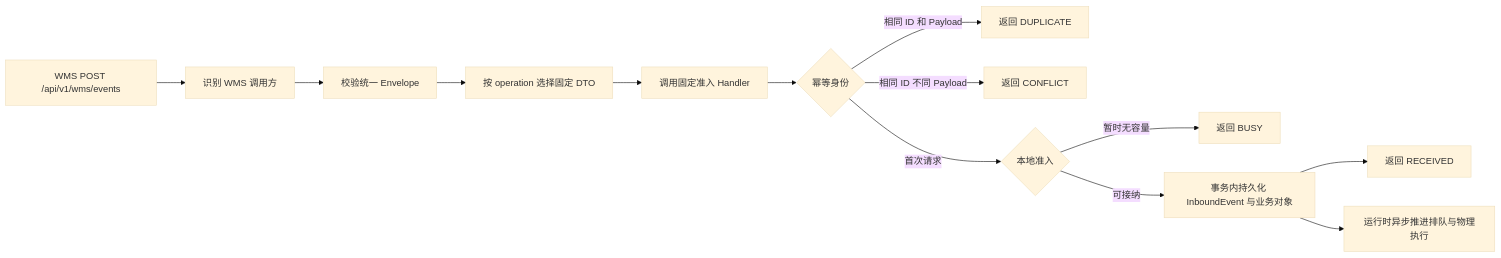
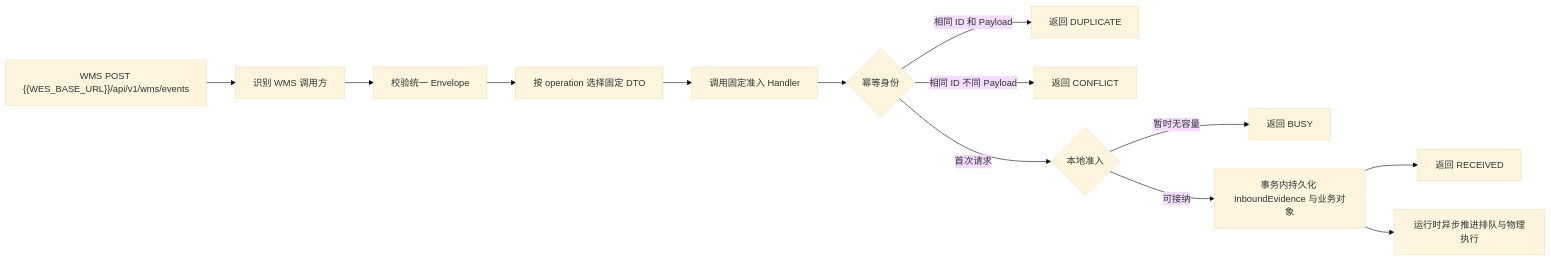
One commit to kaizhoumasha/wes_backend changed the first of 4 diagrams in docs/contracts/wms-outbound-picking-task-integration-requirements.md. Above: the diagram before and after it, drawn with Mermaid (base theme). The commit also changed other lines of this file and 23 other files, not shown here.

````diff
--- a/docs/contracts/wms-outbound-picking-task-integration-requirements.md
+++ b/docs/contracts/wms-outbound-picking-task-integration-requirements.md
@@ -61,15 +67,15 @@
 ```mermaid
 flowchart LR
-    A["WMS POST /api/v1/wms/events"] --> B["识别 WMS 调用方"]
+    A["WMS POST {{WES_BASE_URL}}/api/v1/wms/events"] --> B["识别 WMS 调用方"]
     B --> C["校验统一 Envelope"]
     C --> D["按 operation 选择固定 DTO"]
     D --> E["调用固定准入 Handler"]
     E --> F{"幂等身份"}
     F -->|相同 ID 和 Payload| H["返回 DUPLICATE"]
     F -->|相同 ID 不同 Payload| I["返回 CONFLICT"]
     F -->|首次请求| J{"本地准入"}
     J -->|暂时无容量| K["返回 BUSY"]
-    J -->|可接纳| G["事务内持久化 InboundEvent 与业务对象"]
+    J -->|可接纳| G["事务内持久化 InboundEvidence 与业务对象"]
     G --> L["返回 RECEIVED"]
     G --> M["运行时异步推进排队与物理执行"]
 ```
````
